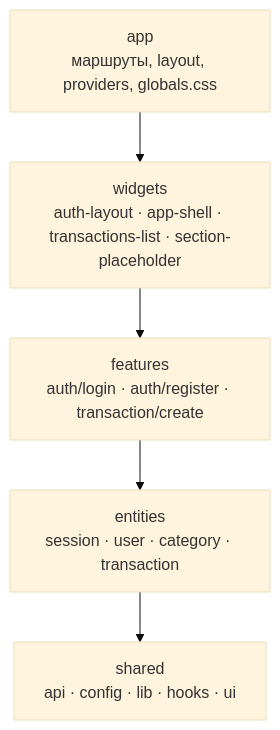
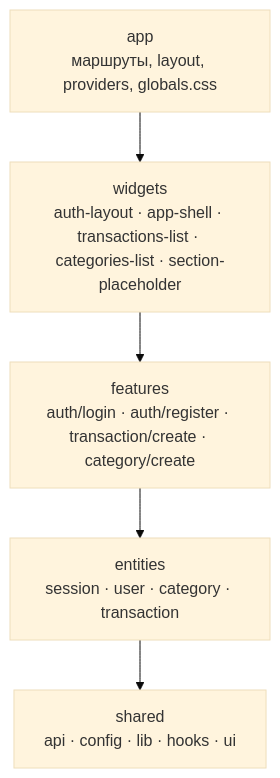
Before and after one commit to adamdvr/expense-tracker: the fourth of 6 diagrams in .claude/docs/architecture.md, drawn with Mermaid (base theme). The commit also changed other lines of this file and 20 other files, not shown here.

````diff
--- a/.claude/docs/architecture.md
+++ b/.claude/docs/architecture.md
@@ -190,8 +190,8 @@
 ```mermaid
 flowchart TD
     app["app<br/>маршруты, layout, providers, globals.css"] --> widgets
-    widgets["widgets<br/>auth-layout · app-shell · transactions-list · section-placeholder"] --> features
-    features["features<br/>auth/login · auth/register · transaction/create"] --> entities
+    widgets["widgets<br/>auth-layout · app-shell · transactions-list · categories-list · section-placeholder"] --> features
+    features["features<br/>auth/login · auth/register · transaction/create · category/create"] --> entities
     entities["entities<br/>session · user · category · transaction"] --> shared
     shared["shared<br/>api · config · lib · hooks · ui"]
 ```
````
